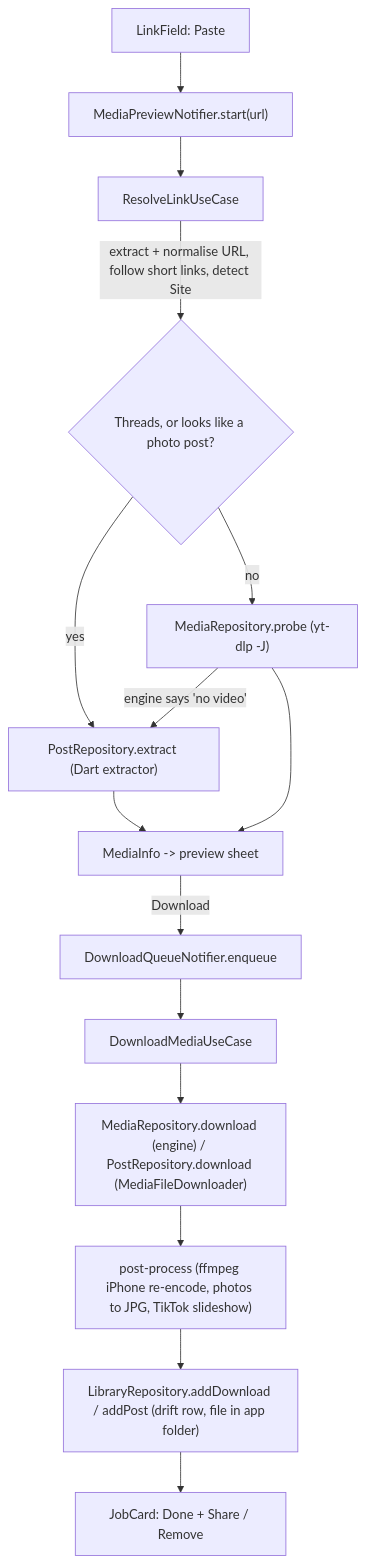
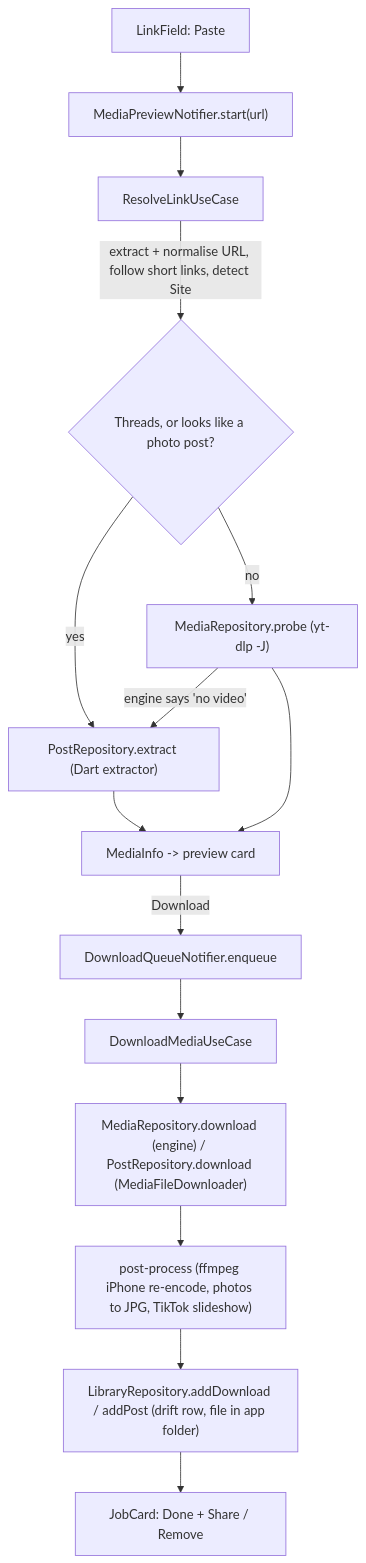
The second of 2 diagrams in docs/architecture/architecture.md (gaurishankar007/Flutter-Media-Downloader), drawn with Mermaid before and after one commit. The commit also changed 10 other files, not shown here.

````diff
--- a/docs/architecture/architecture.md
+++ b/docs/architecture/architecture.md
@@ -168,16 +168,16 @@
 ```mermaid
 flowchart TD
     A["LinkField: Paste"] --> B["MediaPreviewNotifier.start(url)"]
     B --> C["ResolveLinkUseCase"]
     C -- "extract + normalise URL, follow short links, detect Site" --> D{"Threads, or looks like a photo post?"}
     D -- "yes" --> E["PostRepository.extract (Dart extractor)"]
     D -- "no" --> F["MediaRepository.probe (yt-dlp -J)"]
     F -- "engine says 'no video'" --> E
-    E & F --> G["MediaInfo -> preview sheet"]
+    E & F --> G["MediaInfo -> preview card"]
     G -- "Download" --> H["DownloadQueueNotifier.enqueue"]
     H --> I["DownloadMediaUseCase"]
     I --> J["MediaRepository.download (engine) / PostRepository.download (MediaFileDownloader)"]
     J --> K["post-process (ffmpeg iPhone re-encode, photos to JPG, TikTok slideshow)"]
     K --> M["LibraryRepository.addDownload / addPost (drift row, file in app folder)"]
     M --> N["JobCard: Done + Share / Remove"]
 ```
````
